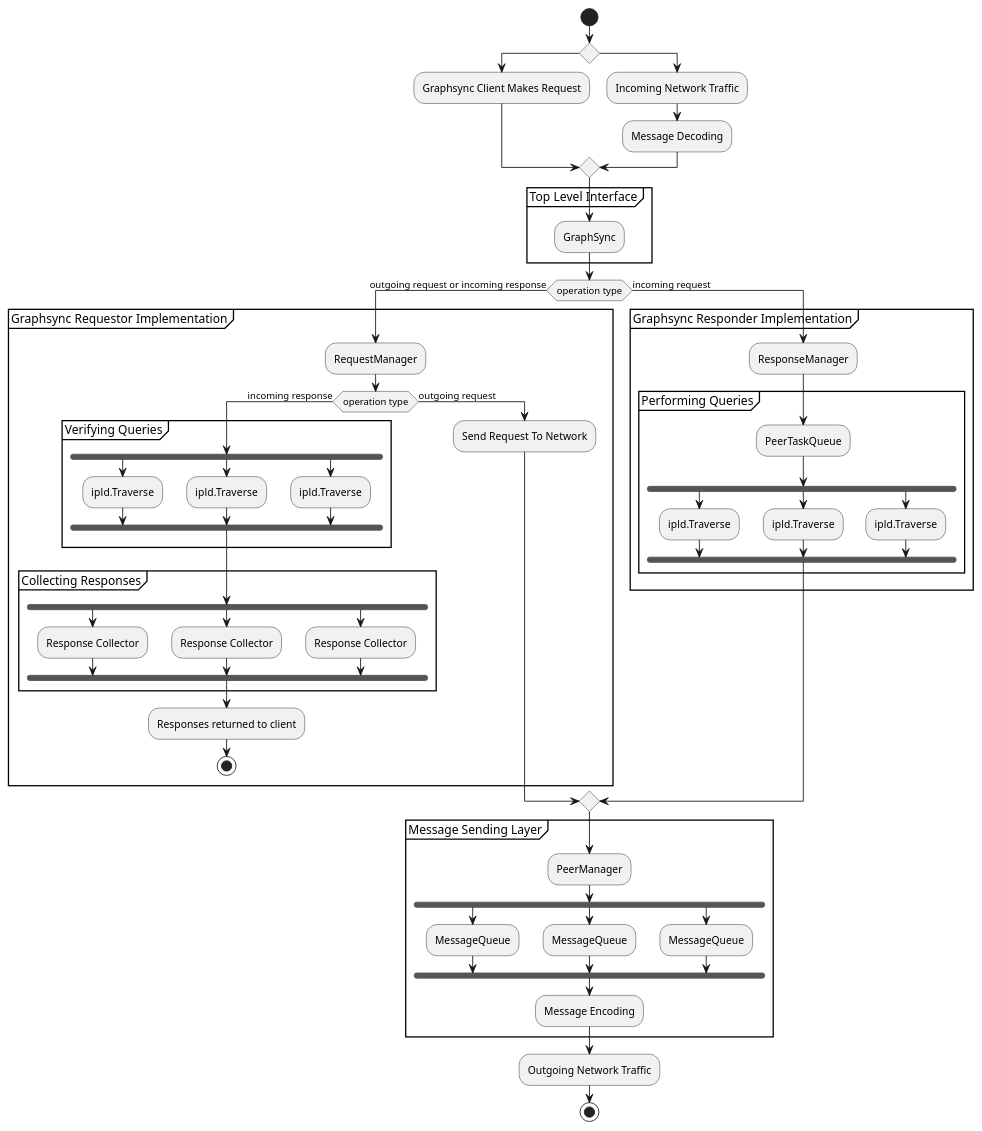
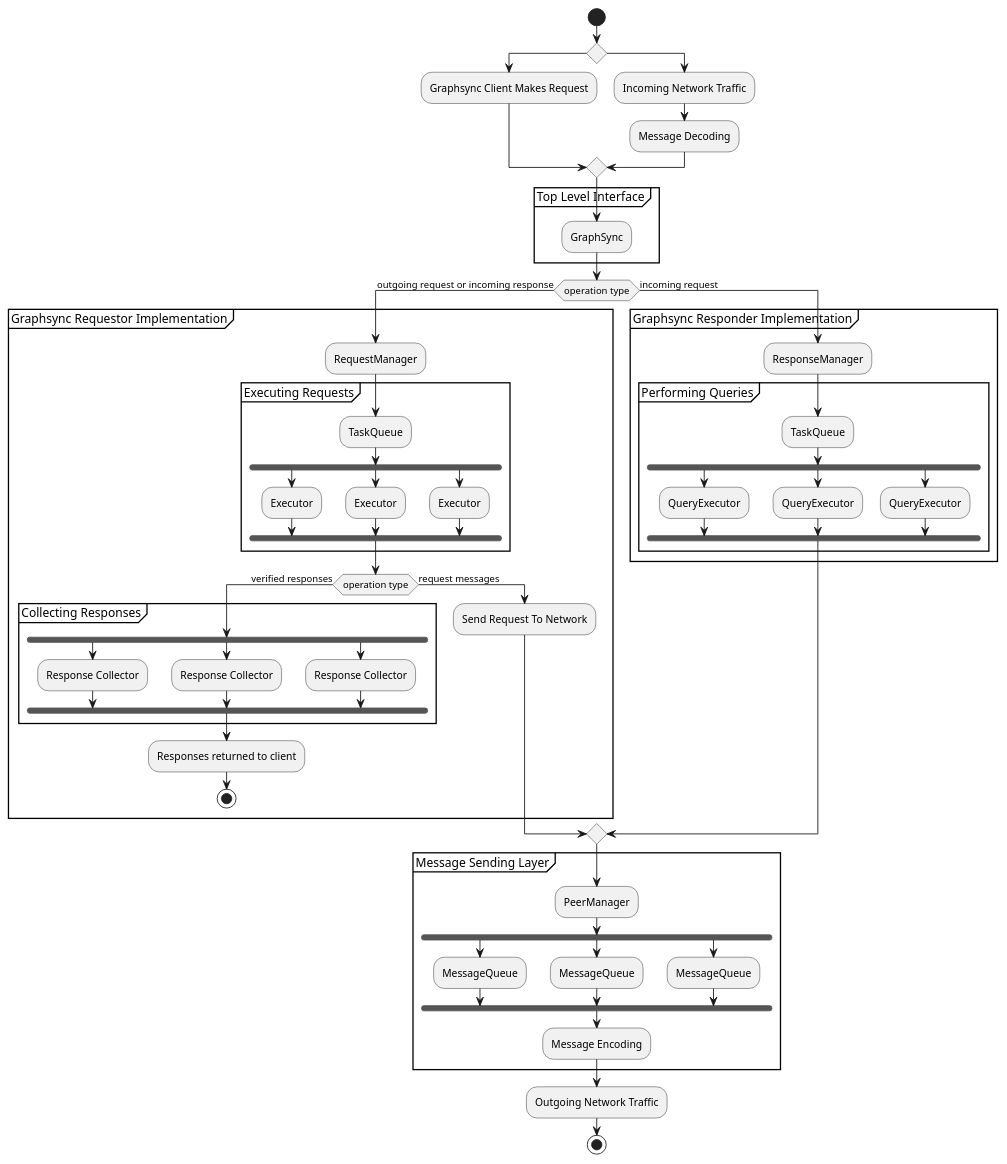
One commit to ipfs/go-graphsync changed the diagram in docs/processes.puml. Above: the diagram before and after it, drawn with PlantUML. The commit also changed 18 other files, not shown here.

```diff
--- a/docs/processes.puml
+++ b/docs/processes.puml
@@ -1,68 +1,69 @@
 @startuml Overview
 start
 if ()
 :Graphsync Client Makes Request;
 else
 :Incoming Network Traffic;
 :Message Decoding;
 endif
 partition "Top Level Interface" {
 :GraphSync;
 }
 if (operation type) then (outgoing request or incoming response)
 partition "Graphsync Requestor Implementation" {
 :RequestManager;
-if (operation type) then (incoming response)
-partition "Verifying Queries" {
+partition "Executing Requests" {
+:TaskQueue;
 fork
-:ipld.Traverse;
+:Executor;
 fork again
-:ipld.Traverse;
+:Executor;
 fork again
-:ipld.Traverse;
+:Executor;
 end fork
 }
+if (operation type) then (verified responses)
 partition "Collecting Responses" {
 fork
 :Response Collector;
 fork again
 :Response Collector;
 fork again
 :Response Collector;
 end fork
 }
 :Responses returned to client;
 stop
-else (outgoing request)
+else (request messages)
 :Send Request To Network;
 endif
 }
 else (incoming request)
 partition "Graphsync Responder Implementation" {
 :ResponseManager;
 partition "Performing Queries" {
-:PeerTaskQueue;
+:TaskQueue;
 fork
-:ipld.Traverse;
+:QueryExecutor;
 fork again
-:ipld.Traverse;
+:QueryExecutor;
 fork again
-:ipld.Traverse;
+:QueryExecutor;
 end fork
 }
 }
 endif
 partition "Message Sending Layer" {
 :PeerManager;
 fork
 :MessageQueue;
 fork again
 :MessageQueue;
 fork again
 :MessageQueue;
 end fork
 :Message Encoding;
 }
 :Outgoing Network Traffic;
 stop
 @enduml
```
